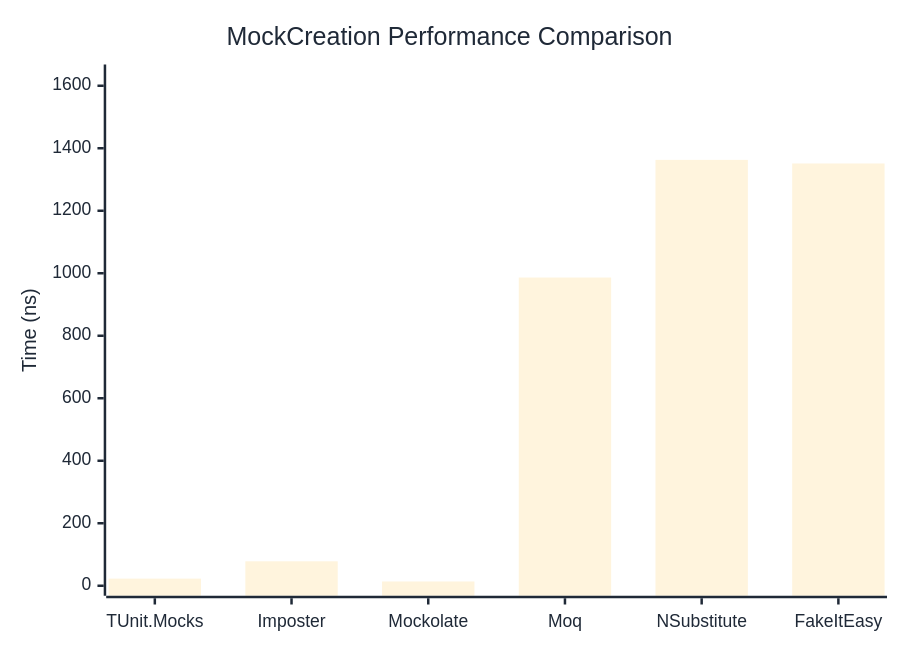
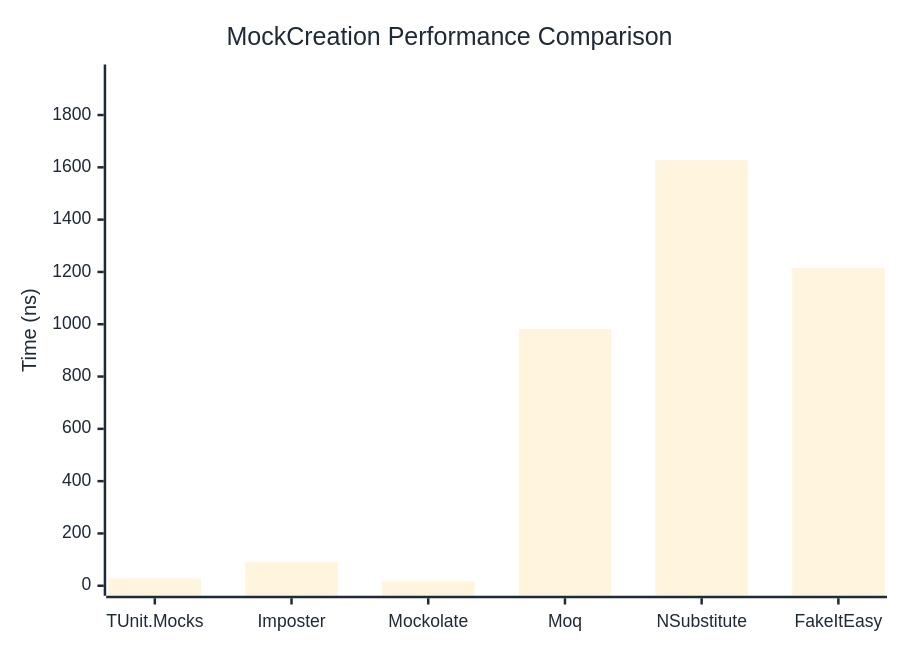
One commit to thomhurst/TUnit changed the first of 2 diagrams in docs/docs/benchmarks/mocks/MockCreation.md. Above: the diagram before and after it, drawn with Mermaid. The commit also changed other lines of this file and 14 other files, not shown here.

````diff
--- a/docs/docs/benchmarks/mocks/MockCreation.md
+++ b/docs/docs/benchmarks/mocks/MockCreation.md
@@ -30,27 +30,27 @@
 ```mermaid
 %%{init: {
   'theme':'base',
   'themeVariables': {
     'primaryColor': '#2563eb',
     'primaryTextColor': '#1f2937',
     'primaryBorderColor': '#1e40af',
     'lineColor': '#6b7280',
     'secondaryColor': '#7c3aed',
     'tertiaryColor': '#dc2626',
     'background': '#ffffff',
     'pie1': '#2563eb',
     'pie2': '#7c3aed',
     'pie3': '#dc2626',
     'pie4': '#f59e0b',
     'pie5': '#10b981',
     'pie6': '#06b6d4',
     'pie7': '#ec4899',
     'pie8': '#6366f1'
   }
 }}%%
 xychart-beta
   title "MockCreation Performance Comparison"
   x-axis ["TUnit.Mocks", "Imposter", "Mockolate", "Moq", "NSubstitute", "FakeItEasy"]
-  y-axis "Time (ns)" 0 --> 1636
-  bar [22.85, 78.26, 13.68, 986.34, 1362.78, 1351.27]
+  y-axis "Time (ns)" 0 --> 1955
+  bar [28.47, 91.44, 16.48, 981.27, 1628.43, 1215.29]
 ```
````
